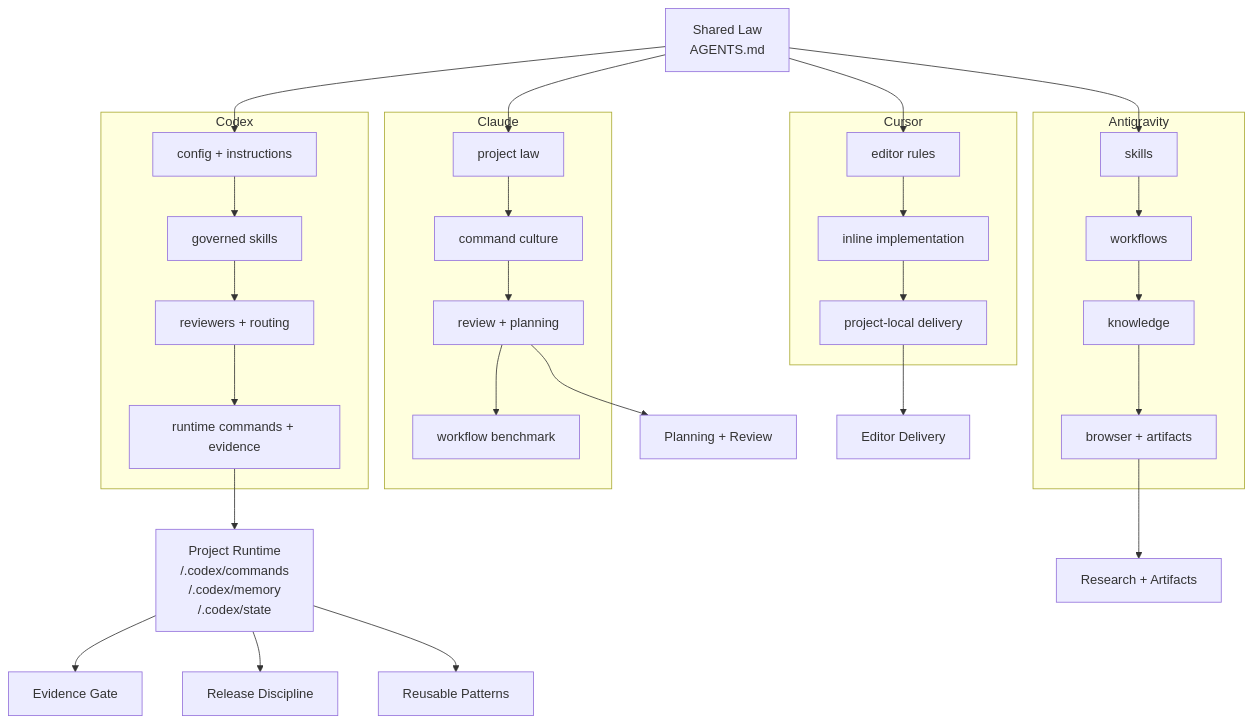
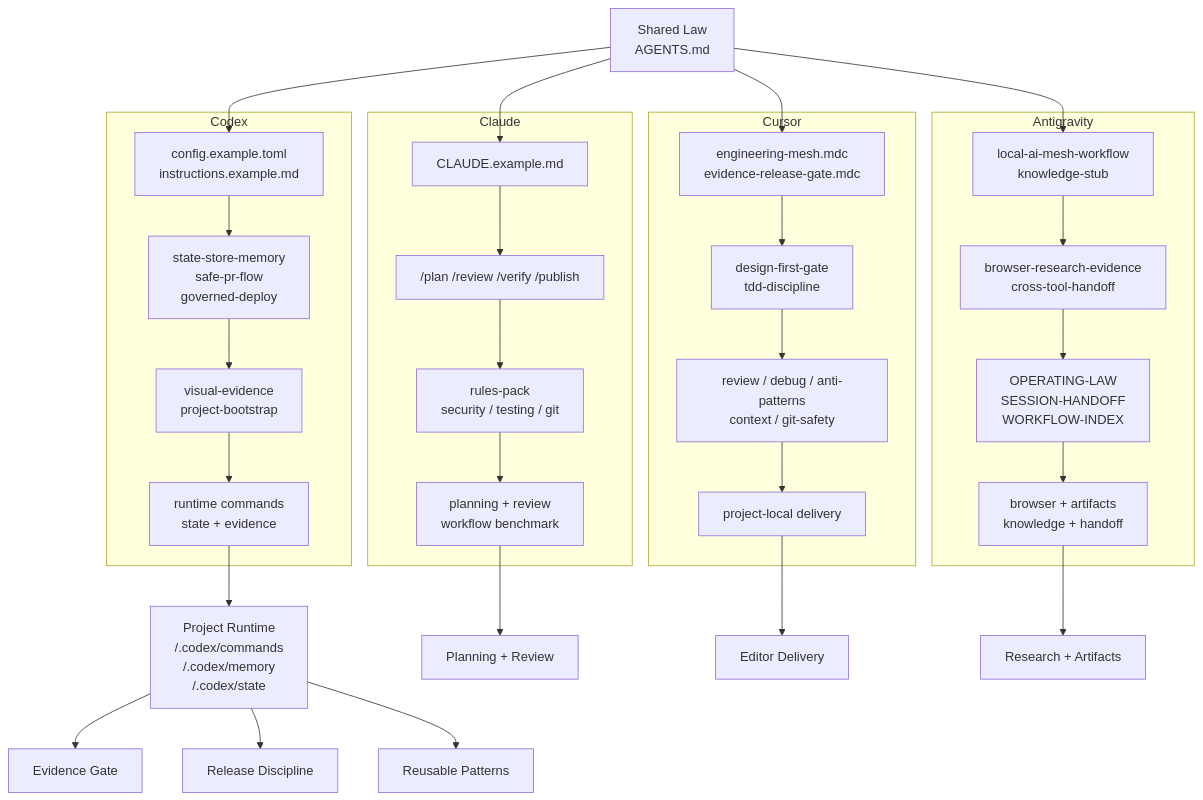
Before and after one commit to bidaiAI/local-ai-engineering-mesh: the diagram in docs/FRAMEWORK-DIAGRAM.md, drawn with Mermaid. The commit also changed other lines of this file and 3 other files, not shown here.

Commit message:
docs: detail concrete packs in architecture

````diff
--- a/docs/FRAMEWORK-DIAGRAM.md
+++ b/docs/FRAMEWORK-DIAGRAM.md
@@ -16,54 +16,70 @@
 ```mermaid
 flowchart TD
     A["Shared Law
 AGENTS.md"]
 
     subgraph COD["Codex"]
-      B1["config + instructions"]
-      B2["governed skills"]
-      B3["reviewers + routing"]
-      B4["runtime commands + evidence"]
+      B1["config.example.toml
+instructions.example.md"]
+      B2["state-store-memory
+safe-pr-flow
+governed-deploy"]
+      B3["visual-evidence
+project-bootstrap"]
+      B4["runtime commands
+state + evidence"]
     end
 
     subgraph CLA["Claude"]
-      C1["project law"]
-      C2["command culture"]
-      C3["review + planning"]
-      C4["workflow benchmark"]
+      C1["CLAUDE.example.md"]
+      C2["/plan /review /verify /publish"]
+      C3["rules-pack
+security / testing / git"]
+      C4["planning + review
+workflow benchmark"]
     end
 
     subgraph CUR["Cursor"]
-      D1["editor rules"]
-      D2["inline implementation"]
-      D3["project-local delivery"]
+      D1["engineering-mesh.mdc
+evidence-release-gate.mdc"]
+      D2["design-first-gate
+tdd-discipline"]
+      D3["review / debug / anti-patterns
+context / git-safety"]
+      D4["project-local delivery"]
     end
 
     subgraph ANT["Antigravity"]
-      E1["skills"]
-      E2["workflows"]
-      E3["knowledge"]
-      E4["browser + artifacts"]
+      E1["local-ai-mesh-workflow
+knowledge-stub"]
+      E2["browser-research-evidence
+cross-tool-handoff"]
+      E3["OPERATING-LAW
+SESSION-HANDOFF
+WORKFLOW-INDEX"]
+      E4["browser + artifacts
+knowledge + handoff"]
     end
 
     A --> B1
     A --> C1
     A --> D1
     A --> E1
 
     B1 --> B2 --> B3 --> B4
     C1 --> C2 --> C3 --> C4
-    D1 --> D2 --> D3
+    D1 --> D2 --> D3 --> D4
     E1 --> E2 --> E3 --> E4
 
     B4 --> F["Project Runtime
 <project>/.codex/commands
 <project>/.codex/memory
 <project>/.codex/state"]
-    C3 --> G["Planning + Review"]
-    D3 --> H["Editor Delivery"]
+    C4 --> G["Planning + Review"]
+    D4 --> H["Editor Delivery"]
     E4 --> I["Research + Artifacts"]
 
     F --> J["Evidence Gate"]
     F --> K["Release Discipline"]
     F --> L["Reusable Patterns"]
 ```
````
